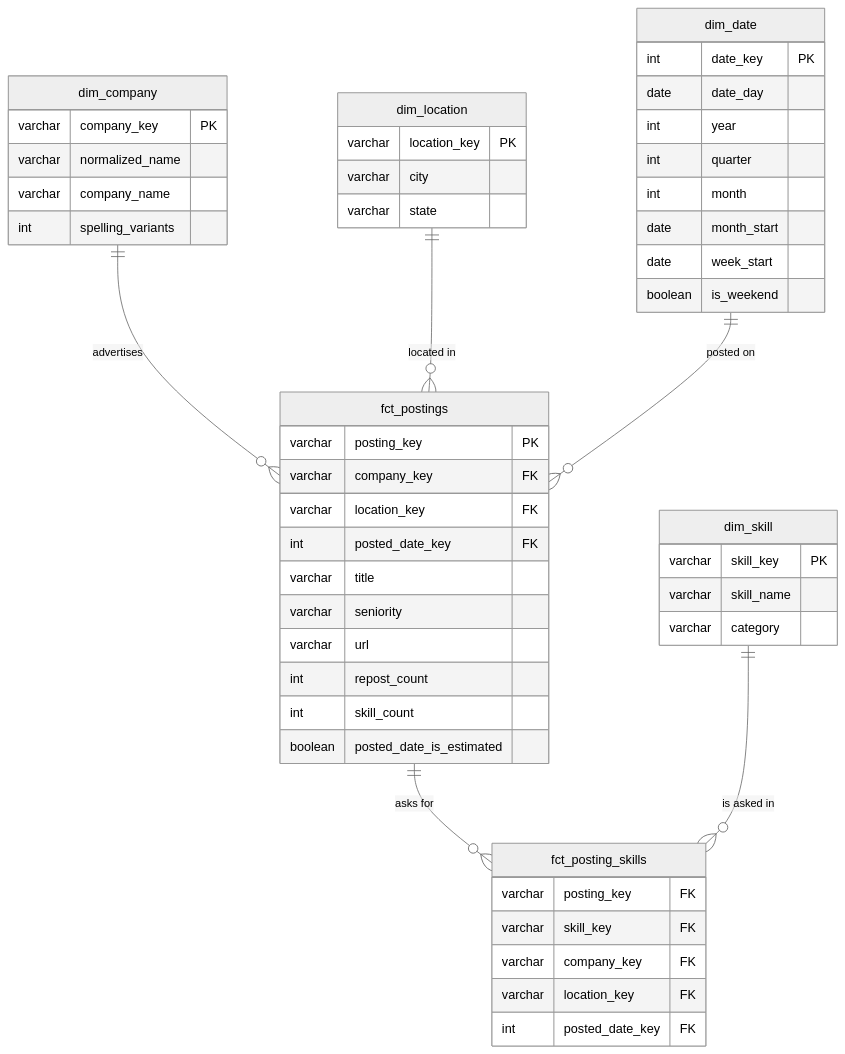
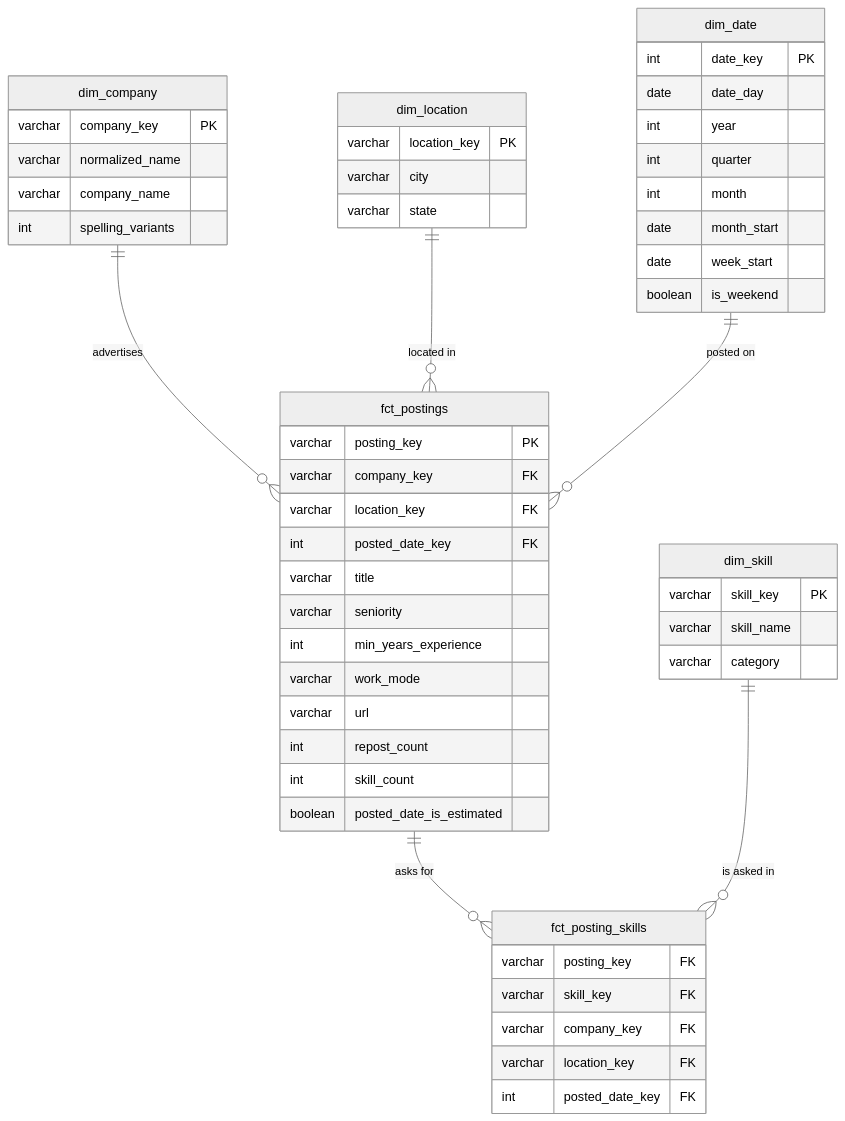
Before and after one commit to vvanurag/job-market-assistant: the diagram in docs/pipeline/gold.md, drawn with Mermaid (neutral theme). The commit also changed other lines of this file and 12 other files, not shown here.

First line of the commit message:
Infer seniority and work mode for each posting (FR-TRN-06)

````diff
--- a/docs/pipeline/gold.md
+++ b/docs/pipeline/gold.md
@@ -22,54 +22,56 @@
 ```mermaid
 erDiagram
     dim_company  ||--o{ fct_postings : "advertises"
     dim_location ||--o{ fct_postings : "located in"
     dim_date     ||--o{ fct_postings : "posted on"
     fct_postings ||--o{ fct_posting_skills : "asks for"
     dim_skill    ||--o{ fct_posting_skills : "is asked in"
 
     fct_postings {
         varchar posting_key PK
         varchar company_key FK
         varchar location_key FK
         int posted_date_key FK
         varchar title
         varchar seniority
+        int min_years_experience
+        varchar work_mode
         varchar url
         int repost_count
         int skill_count
         boolean posted_date_is_estimated
     }
     fct_posting_skills {
         varchar posting_key FK
         varchar skill_key FK
         varchar company_key FK
         varchar location_key FK
         int posted_date_key FK
     }
     dim_company {
         varchar company_key PK
         varchar normalized_name
         varchar company_name
         int spelling_variants
     }
     dim_skill {
         varchar skill_key PK
         varchar skill_name
         varchar category
     }
     dim_location {
         varchar location_key PK
         varchar city
         varchar state
     }
     dim_date {
         int date_key PK
         date date_day
         int year
         int quarter
         int month
         date month_start
         date week_start
         boolean is_weekend
     }
 ```
````
